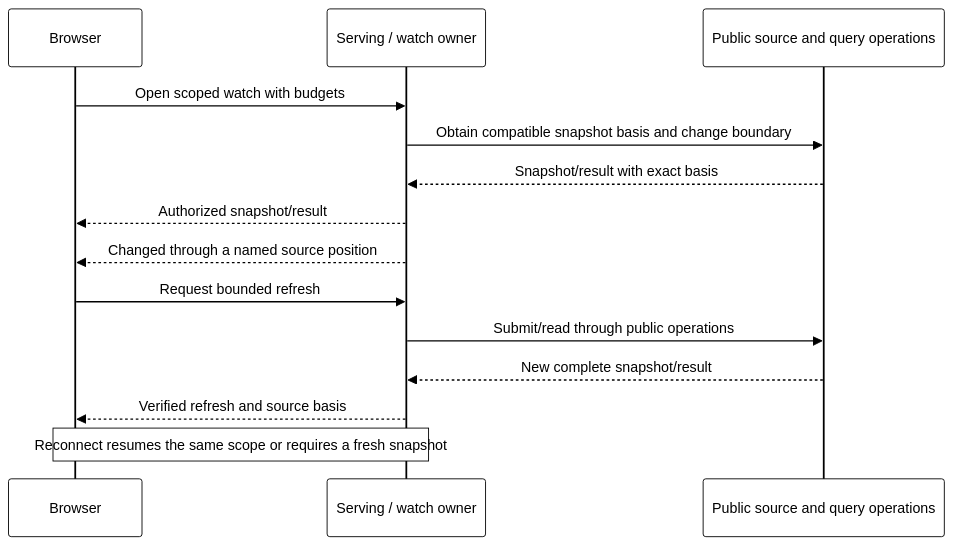
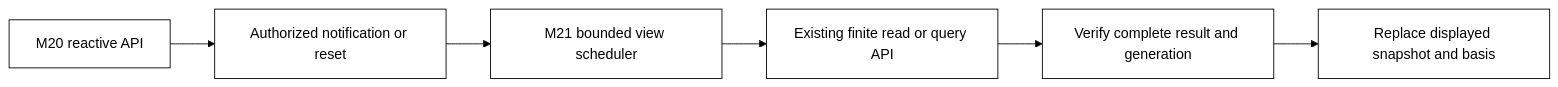
The diagram in docs/REACTIVE.md (spoke-sh/transit), drawn with Mermaid before and after one commit. The commit also changed other lines of this file and 51 other files, not shown here.

Commit message:
docs(roadmap): separate reactive APIs from interface consumers

````diff
--- a/docs/REACTIVE.md
+++ b/docs/REACTIVE.md
@@ -44,17 +43,9 @@
 ```mermaid
-%%{init: {'theme': 'base', 'themeVariables': {'primaryColor': '#ffffff', 'primaryTextColor': '#000000', 'primaryBorderColor': '#000000', 'lineColor': '#000000', 'secondaryColor': '#ffffff', 'tertiaryColor': '#ffffff', 'actorBkg': '#ffffff', 'actorBorder': '#000000', 'actorTextColor': '#000000', 'signalColor': '#000000', 'signalTextColor': '#000000', 'noteBkgColor': '#ffffff', 'noteBorderColor': '#000000', 'noteTextColor': '#000000', 'labelBoxBkgColor': '#ffffff', 'labelBoxBorderColor': '#000000', 'labelTextColor': '#000000'}}}%%
-sequenceDiagram
-    participant UI as Browser
-    participant S as Serving / watch owner
-    participant Q as Public source and query operations
-    UI->>S: Open scoped watch with budgets
-    S->>Q: Obtain compatible snapshot basis and change boundary
-    Q-->>S: Snapshot/result with exact basis
-    S-->>UI: Authorized snapshot/result
-    S-->>UI: Changed through a named source position
-    UI->>S: Request bounded refresh
-    S->>Q: Submit/read through public operations
-    Q-->>S: New complete snapshot/result
-    S-->>UI: Verified refresh and source basis
-    Note over UI,S: Reconnect resumes the same scope or requires a fresh snapshot
+%%{init: {'theme': 'base', 'themeVariables': {'primaryColor': '#ffffff', 'primaryTextColor': '#000000', 'primaryBorderColor': '#000000', 'lineColor': '#000000', 'secondaryColor': '#ffffff', 'tertiaryColor': '#ffffff'}}}%%
+flowchart LR
+    API[M20 reactive API] --> Event[Authorized notification or reset]
+    Event --> Schedule[M21 bounded view scheduler]
+    Schedule --> Query[Existing finite read or query API]
+    Query --> Verify[Verify complete result and generation]
+    Verify --> View[Replace displayed snapshot and basis]
 ```
````
